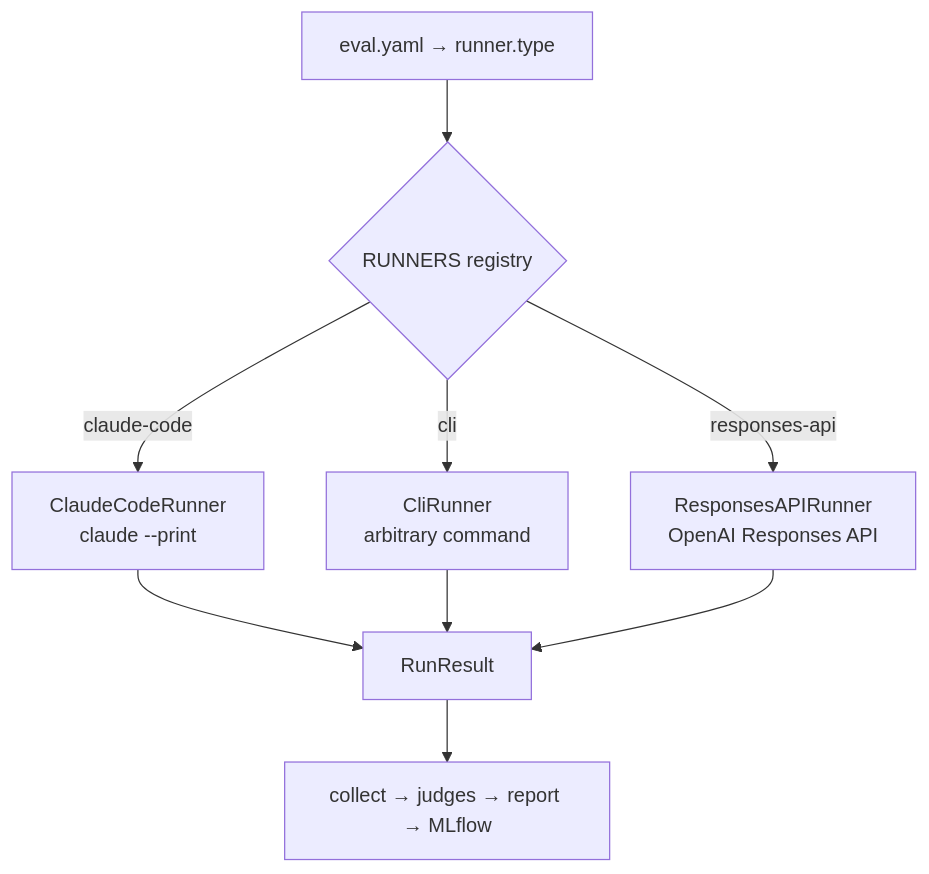
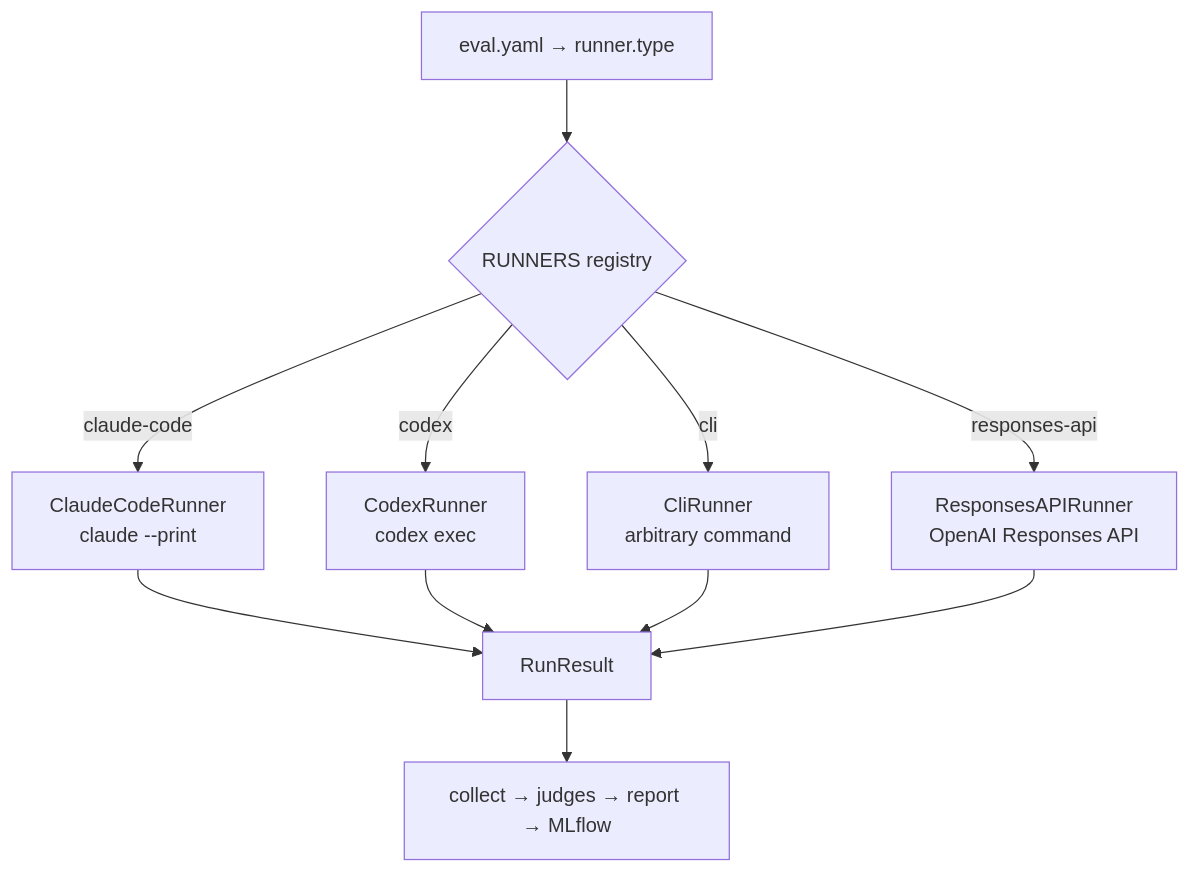
Before and after one commit to GuyZivRH/agent-eval-harness: the diagram in website/concepts/runners.md, drawn with Mermaid. The commit also changed other lines of this file and 26 other files, not shown here.

````diff
--- a/website/concepts/runners.md
+++ b/website/concepts/runners.md
@@ -25,11 +25,13 @@
 ```mermaid
 flowchart TD
     C["eval.yaml → runner.type"] --> R{RUNNERS registry}
     R -->|claude-code| CC["ClaudeCodeRunner<br/>claude --print"]
+    R -->|codex| CX["CodexRunner<br/>codex exec"]
     R -->|cli| CLI["CliRunner<br/>arbitrary command"]
     R -->|responses-api| RA["ResponsesAPIRunner<br/>OpenAI Responses API"]
     CC --> RR["RunResult"]
+    CX --> RR
     CLI --> RR
     RA --> RR
     RR --> S["collect → judges → report → MLflow"]
 ```
````
